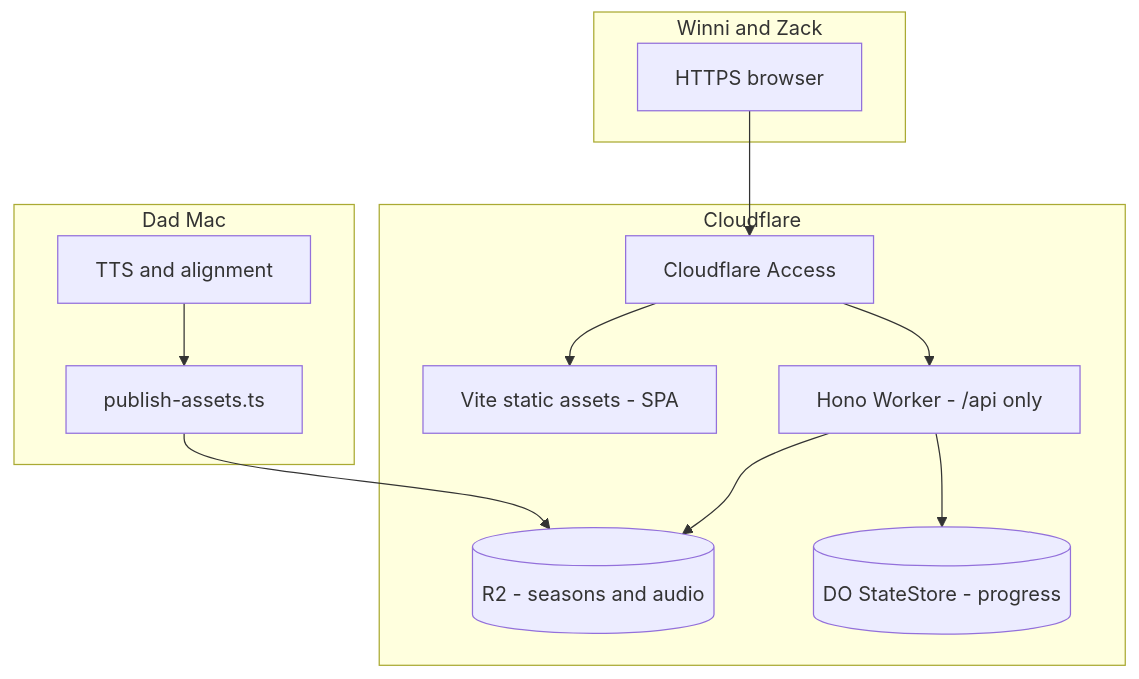
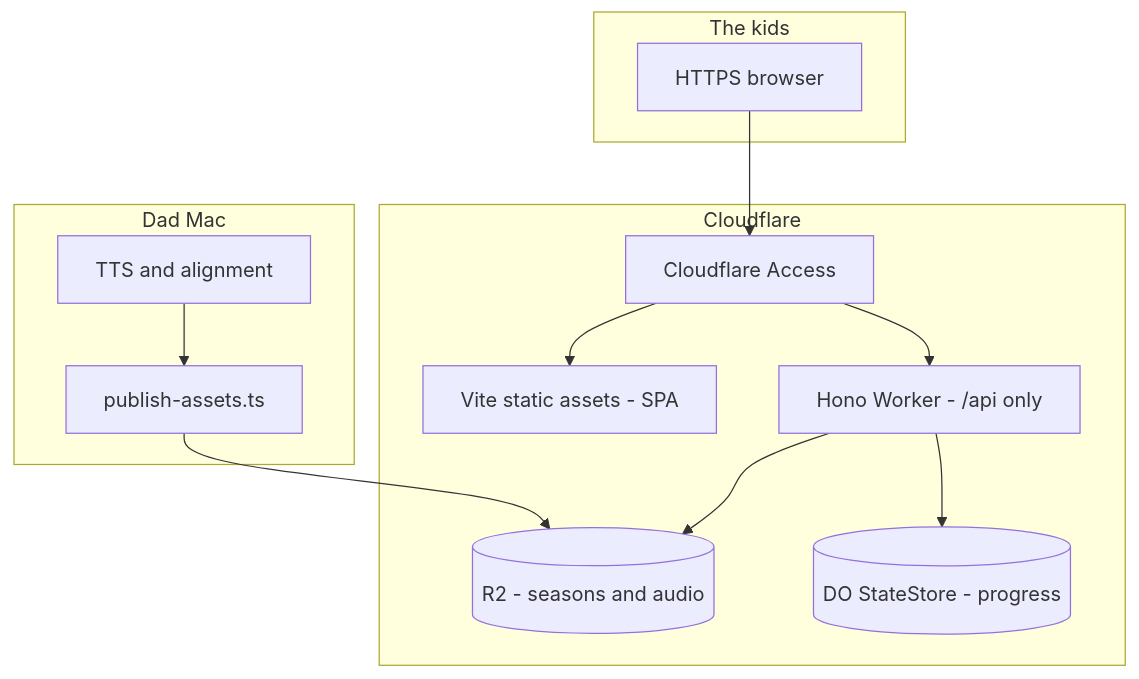
One commit to season179/typeling changed the diagram in docs/cloudflare-deploy-plan-archive.md. Above: the diagram before and after it, drawn with Mermaid. The commit also changed other lines of this file and 65 other files, not shown here.

First line of the commit message:
Rename story slugs winni/zack to rainbow-door/pixel-garden

````diff
--- a/docs/cloudflare-deploy-plan-archive.md
+++ b/docs/cloudflare-deploy-plan-archive.md
@@ -48,27 +48,27 @@
 ```mermaid
 flowchart TB
-  subgraph kids [Winni and Zack]
+  subgraph kids [The kids]
     Browser[HTTPS browser]
   end
 
   subgraph cf [Cloudflare]
     Access[Cloudflare Access]
     Worker[Hono Worker - /api only]
     Assets[Vite static assets - SPA]
     R2[(R2 - seasons and audio)]
     DO[(DO StateStore - progress)]
   end
 
   subgraph home [Dad Mac]
     TTS[TTS and alignment]
     Publish[publish-assets.ts]
   end
 
   Browser --> Access
   Access --> Assets
   Access --> Worker
   Worker --> R2
   Worker --> DO
   Publish --> R2
   TTS --> Publish
 ```
````
